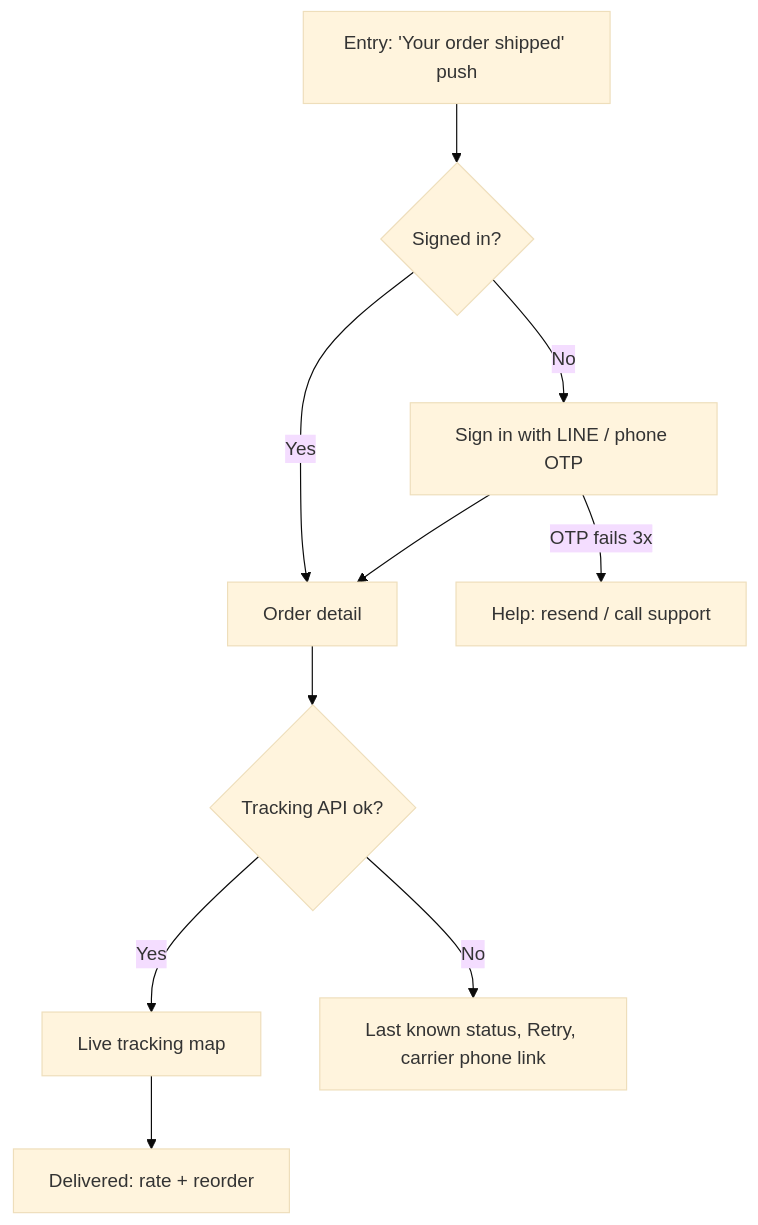
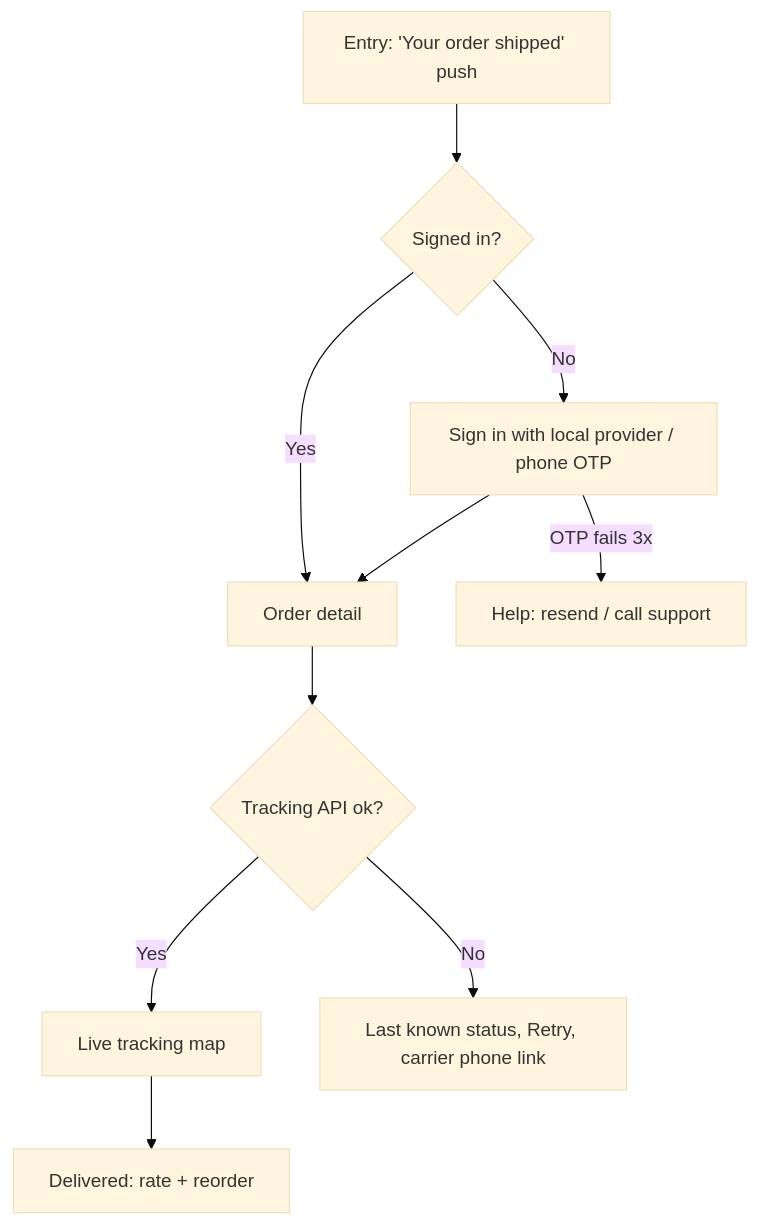
The diagram in skills/design-atlas/references/ux-foundations.md (ThanaphatNorth/north-ai-skills), drawn with Mermaid (base theme) before and after one commit. The commit also changed other lines of this file and 50 other files, not shown here.

````diff
--- a/skills/design-atlas/references/ux-foundations.md
+++ b/skills/design-atlas/references/ux-foundations.md
@@ -264,11 +264,11 @@
 ```mermaid
 flowchart TD
   A[Entry: 'Your order shipped' push] --> B{Signed in?}
-  B -- No --> C[Sign in with LINE / phone OTP] --> D
+  B -- No --> C[Sign in with local provider / phone OTP] --> D
   B -- Yes --> D[Order detail]
   C -- OTP fails 3x --> X[Help: resend / call support]
   D --> E{Tracking API ok?}
   E -- Yes --> F[Live tracking map]
   E -- No --> G[Last known status, Retry, carrier phone link]
   F --> H[Delivered: rate + reorder]
 ```
````
